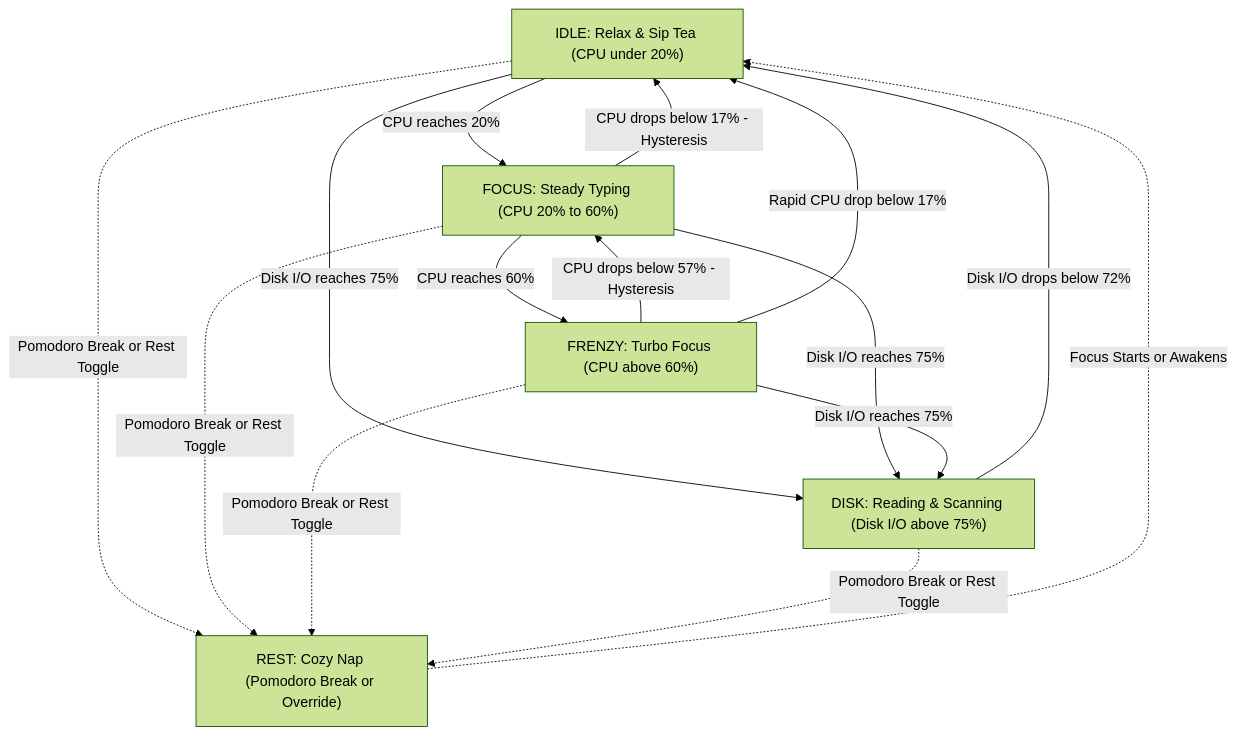
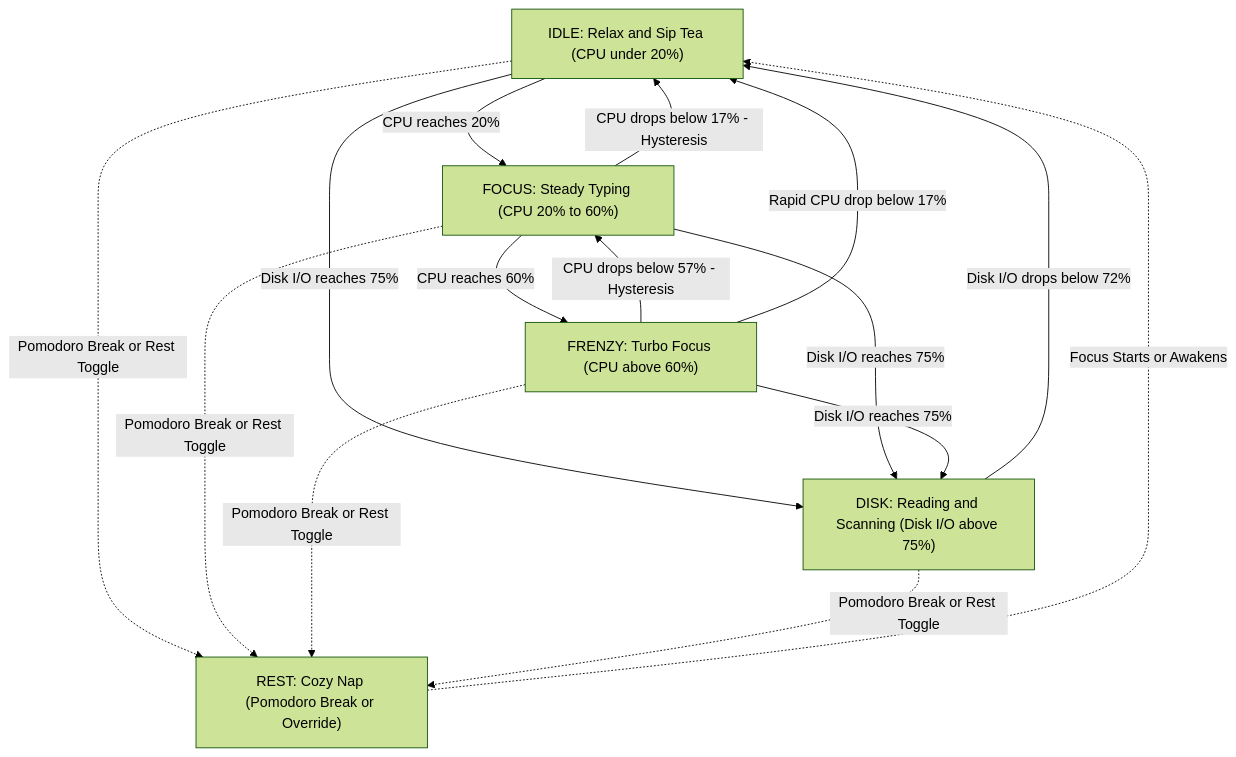
One commit to vavinon/lofi-bun-companion changed the diagram in README.md. Above: the diagram before and after it, drawn with Mermaid (forest theme).

Commit message:
docs(readme): replace ampersand with and in mermaid diagram

````diff
--- a/README.md
+++ b/README.md
@@ -78,25 +78,25 @@
 ```mermaid
 flowchart TD
-    IDLE["IDLE: Relax & Sip Tea (CPU under 20%)"]
+    IDLE["IDLE: Relax and Sip Tea (CPU under 20%)"]
     FOCUS["FOCUS: Steady Typing (CPU 20% to 60%)"]
     FRENZY["FRENZY: Turbo Focus (CPU above 60%)"]
-    DISK["DISK: Reading & Scanning (Disk I/O above 75%)"]
+    DISK["DISK: Reading and Scanning (Disk I/O above 75%)"]
     REST["REST: Cozy Nap (Pomodoro Break or Override)"]
 
     IDLE -->|CPU reaches 20%| FOCUS
     FOCUS -->|CPU drops below 17% - Hysteresis| IDLE
     FOCUS -->|CPU reaches 60%| FRENZY
     FRENZY -->|CPU drops below 57% - Hysteresis| FOCUS
     FRENZY -->|Rapid CPU drop below 17%| IDLE
 
     IDLE -->|Disk I/O reaches 75%| DISK
     FOCUS -->|Disk I/O reaches 75%| DISK
     FRENZY -->|Disk I/O reaches 75%| DISK
     DISK -->|Disk I/O drops below 72%| IDLE
 
     IDLE -.->|Pomodoro Break or Rest Toggle| REST
     FOCUS -.->|Pomodoro Break or Rest Toggle| REST
     FRENZY -.->|Pomodoro Break or Rest Toggle| REST
     DISK -.->|Pomodoro Break or Rest Toggle| REST
     REST -.->|Focus Starts or Awakens| IDLE
 ```
````
